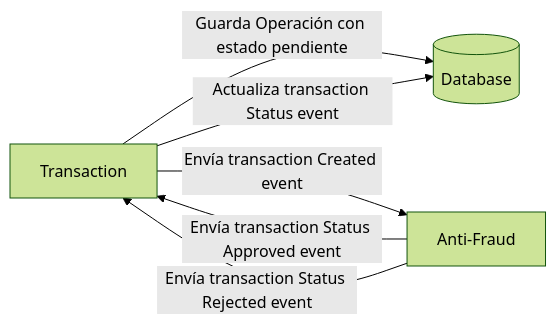
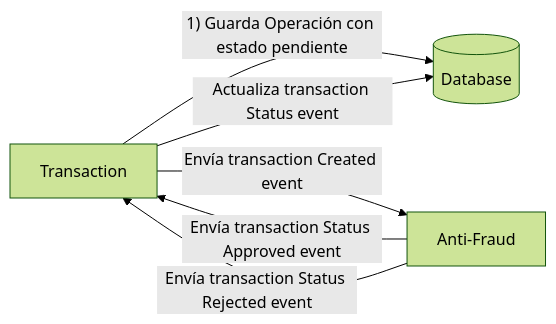
The diagram in README.md (Interbank-Comercial-MDC/java-code-challenge), drawn with Mermaid (forest theme) before and after one commit.

````diff
--- a/README.md
+++ b/README.md
@@ -24,8 +24,8 @@
 ```mermaid
   flowchart LR
-    Transaction -- Guarda Operación con estado pendiente --> transactionDatabase[(Database)]
+    Transaction -- 1) Guarda Operación con estado pendiente --> transactionDatabase[(Database)]
     Transaction --Envía transaction Created event--> Anti-Fraud
     Anti-Fraud -- Envía transaction Status Approved event--> Transaction
     Anti-Fraud -- Envía transaction Status Rejected event--> Transaction
     Transaction -- Actualiza transaction Status event--> transactionDatabase[(Database)]
 ```
````
